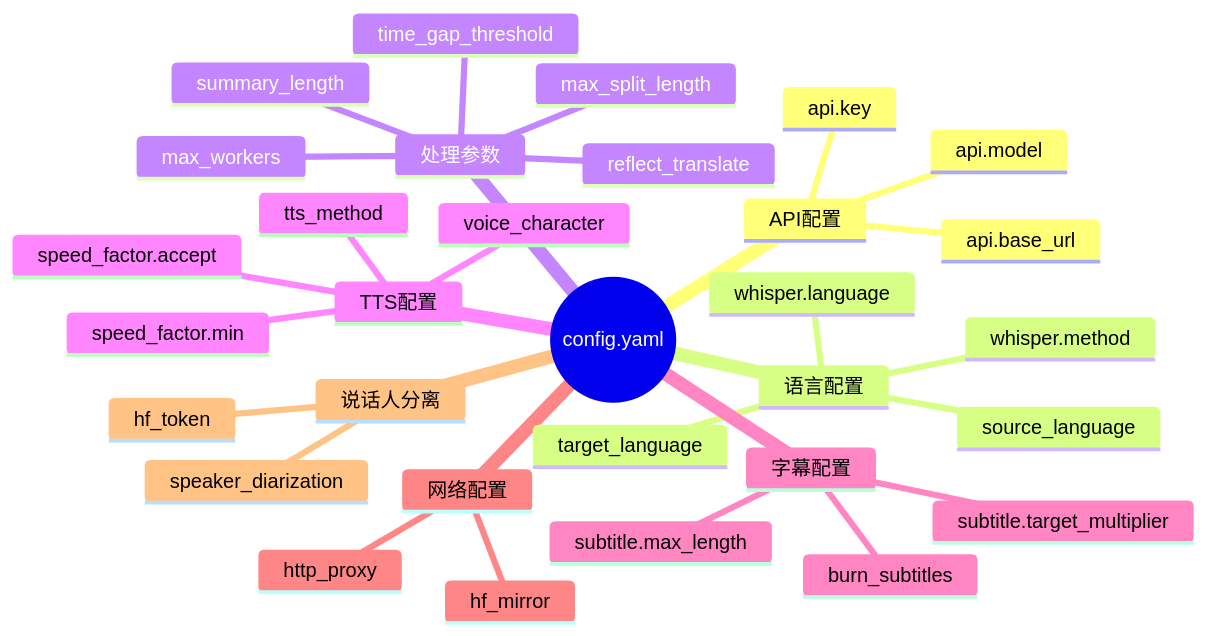
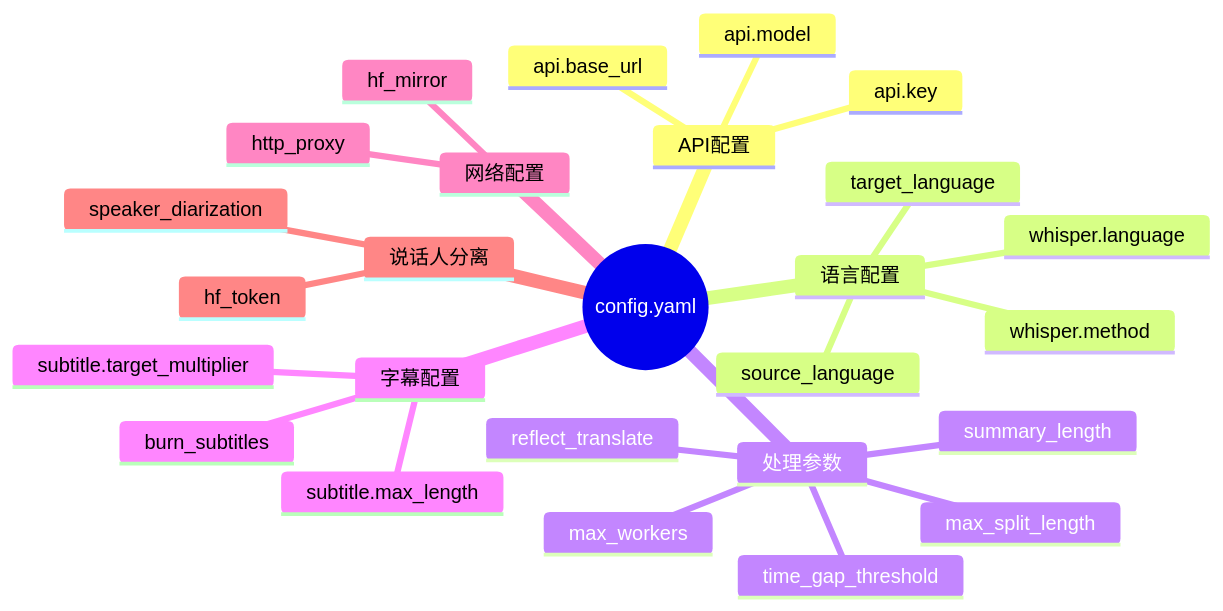
One commit to NuoManDai/VedioAITranslateSub changed diagram 19 of 21 in docs/ARCHITECTURE.md. Above: the diagram before and after it, drawn with Mermaid. The commit also changed other lines of this file and 1 other file, not shown here.

````diff
--- a/docs/ARCHITECTURE.md
+++ b/docs/ARCHITECTURE.md
@@ -1051,34 +1226,29 @@
 ```mermaid
 mindmap
   root((config.yaml))
     API配置
       api.key
       api.base_url
       api.model
     语言配置
       source_language
       target_language
       whisper.method
       whisper.language
     处理参数
       max_workers
       max_split_length
       time_gap_threshold
       summary_length
       reflect_translate
-    TTS配置
-      tts_method
-      speed_factor.accept
-      speed_factor.min
-      voice_character
     字幕配置
       subtitle.max_length
       subtitle.target_multiplier
       burn_subtitles
     网络配置
       hf_mirror
       http_proxy
     说话人分离
       speaker_diarization
       hf_token
 ```
````
